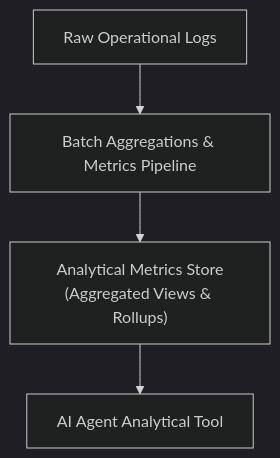
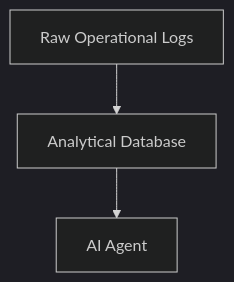
Before and after one commit to ohadleshno/ohad-leshno-blog: the fourth of 6 diagrams in content/tech-blog/en/building-an-effective-context-layer-part-3.md, drawn with Mermaid (dark theme). The commit also changed other lines of this file and 7 other files, not shown here.

````diff
--- a/content/tech-blog/en/building-an-effective-context-layer-part-3.md
+++ b/content/tech-blog/en/building-an-effective-context-layer-part-3.md
@@ -135,6 +139,5 @@
 ```mermaid
 flowchart TD
-    RawLogs["Raw Operational Logs"] --> SparkJob["Batch Aggregations & Metrics Pipeline"]
-    SparkJob --> AnalyticsDB["Analytical Metrics Store<br/>(Aggregated Views & Rollups)"]
-    AnalyticsDB --> AgentTool["AI Agent Analytical Tool"]
+    RawLogs["Raw Operational Logs"] --> AnalyticsDB["Analytical Database"]
+    AnalyticsDB --> Agent["AI Agent"]
 ```
````
